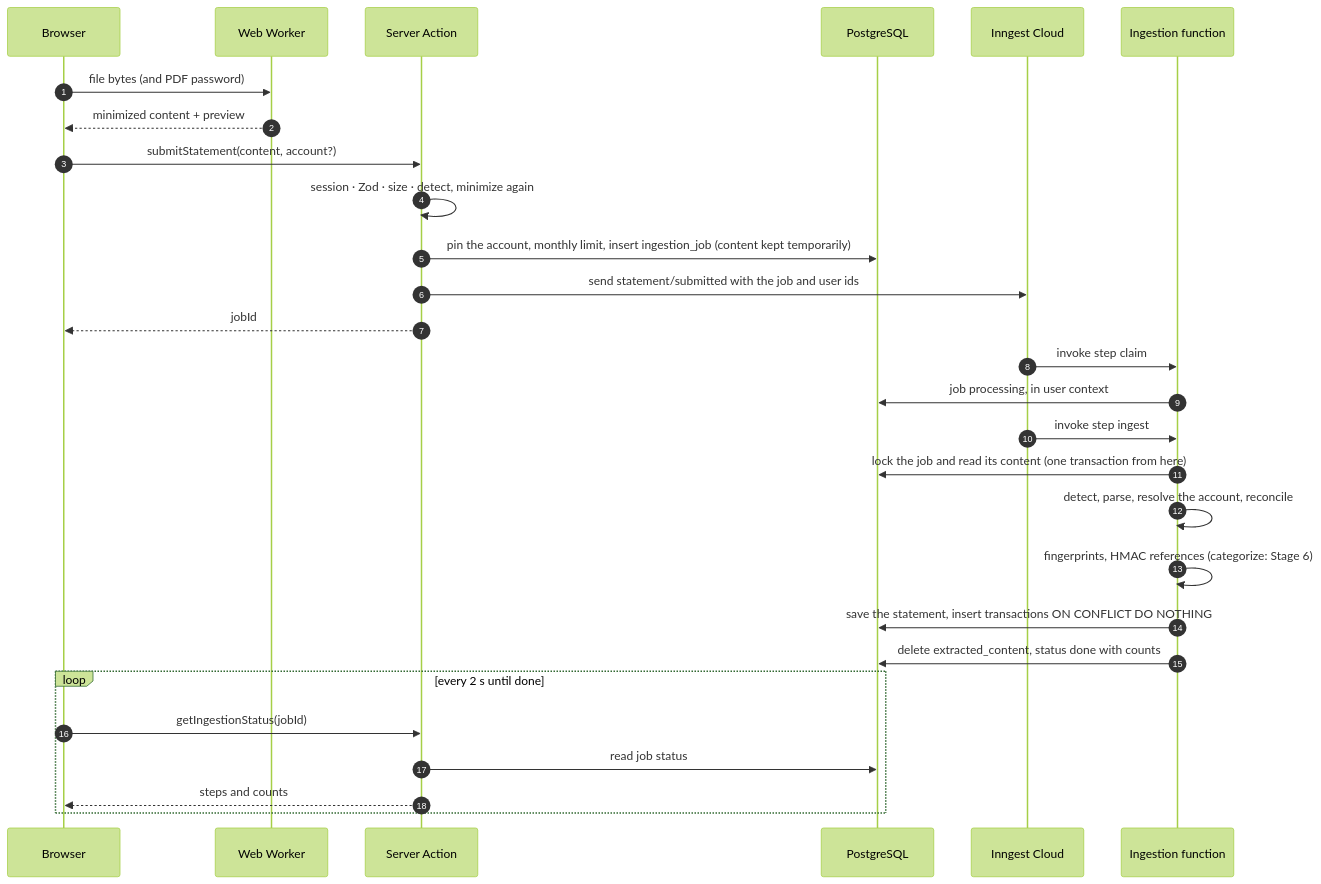
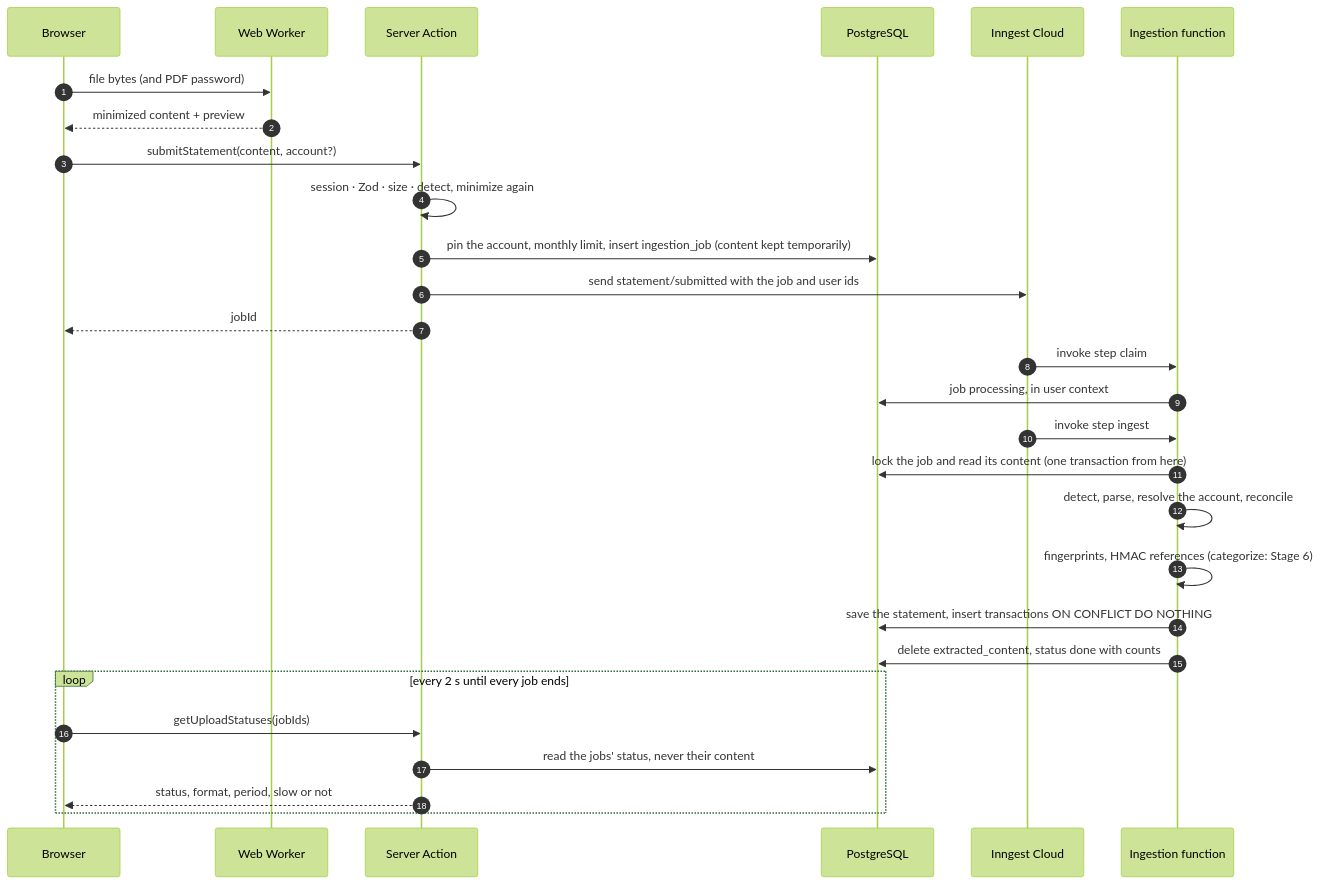
The second of 7 diagrams in docs/ARCHITECTURE.md (ingcarlostello/xtrakto), drawn with Mermaid (forest theme) before and after one commit. The commit also changed other lines of this file and 21 other files, not shown here.

Commit message:
feat(web): ingestion status polling

````diff
--- a/docs/ARCHITECTURE.md
+++ b/docs/ARCHITECTURE.md
@@ -95,30 +95,30 @@
 ```mermaid
 sequenceDiagram
     autonumber
     participant B as Browser
     participant W as Web Worker
     participant S as Server Action
     participant DB as PostgreSQL
     participant I as Inngest Cloud
     participant F as Ingestion function
     B->>W: file bytes (and PDF password)
     W-->>B: minimized content + preview
     B->>S: submitStatement(content, account?)
     S->>S: session · Zod · size · detect, minimize again
     S->>DB: pin the account, monthly limit, insert ingestion_job (content kept temporarily)
     S->>I: send statement/submitted with the job and user ids
     S-->>B: jobId
     I->>F: invoke step claim
     F->>DB: job processing, in user context
     I->>F: invoke step ingest
     F->>DB: lock the job and read its content (one transaction from here)
     F->>F: detect, parse, resolve the account, reconcile
     F->>F: fingerprints, HMAC references (categorize: Stage 6)
     F->>DB: save the statement, insert transactions ON CONFLICT DO NOTHING
     F->>DB: delete extracted_content, status done with counts
-    loop every 2 s until done
-        B->>S: getIngestionStatus(jobId)
-        S->>DB: read job status
-        S-->>B: steps and counts
+    loop every 2 s until every job ends
+        B->>S: getUploadStatuses(jobIds)
+        S->>DB: read the jobs' status, never their content
+        S-->>B: status, format, period, slow or not
     end
 ```
````
